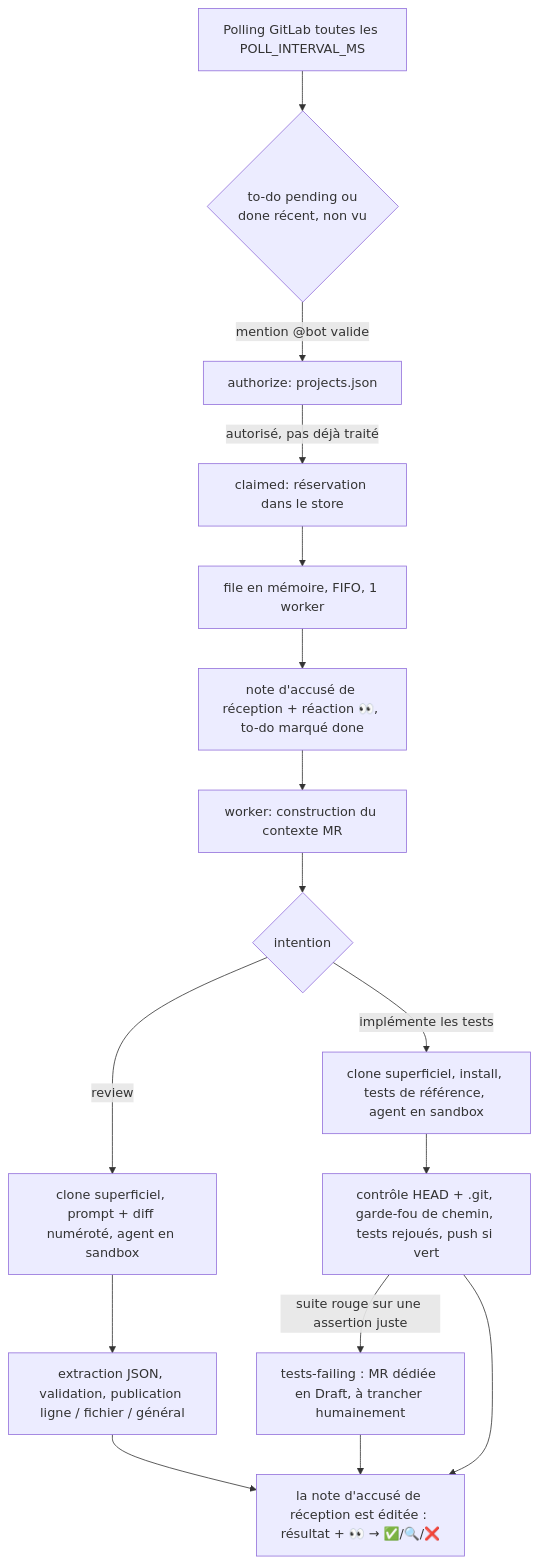
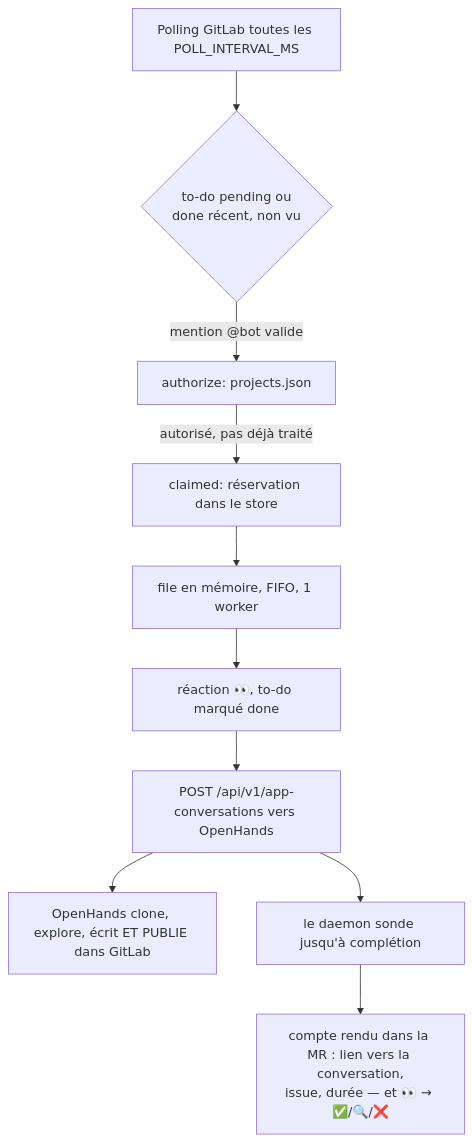
One commit to Impre-visible/cds-agent changed the diagram in README.md. Above: the diagram before and after it, drawn with Mermaid. The commit also changed other lines of this file and 82 other files, not shown here.

````diff
--- a/README.md
+++ b/README.md
@@ -44,18 +50,12 @@
 ```mermaid
 flowchart TD
     A[Polling GitLab toutes les POLL_INTERVAL_MS] --> B{to-do pending ou\ndone récent, non vu}
     B -->|mention @bot valide| C[authorize: projects.json]
     C -->|autorisé, pas déjà traité| D[claimed: réservation dans le store]
     D --> E[file en mémoire, FIFO, 1 worker]
-    E --> F[note d'accusé de réception + réaction 👀, to-do marqué done]
-    F --> G[worker: construction du contexte MR]
-    G --> H{intention}
-    H -->|review| I[clone superficiel, prompt + diff numéroté, agent en sandbox]
-    I --> J[extraction JSON, validation, publication ligne / fichier / général]
-    H -->|implémente les tests| K[clone superficiel, install, tests de référence, agent en sandbox]
-    K --> L[contrôle HEAD + .git, garde-fou de chemin, tests rejoués, push si vert]
-    L -->|suite rouge sur une assertion juste| N[tests-failing : MR dédiée en Draft, à trancher humainement]
-    N --> M
-    J --> M[la note d'accusé de réception est éditée : résultat + 👀 → ✅/🔍/❌]
-    L --> M
+    E --> F[réaction 👀, to-do marqué done]
+    F --> G[POST /api/v1/app-conversations vers OpenHands]
+    G --> H[OpenHands clone, explore, écrit ET PUBLIE dans GitLab]
+    G --> I[le daemon sonde jusqu'à complétion]
+    I --> J[compte rendu dans la MR : lien vers la conversation,\nissue, durée — et 👀 → ✅/🔍/❌]
 ```
````
